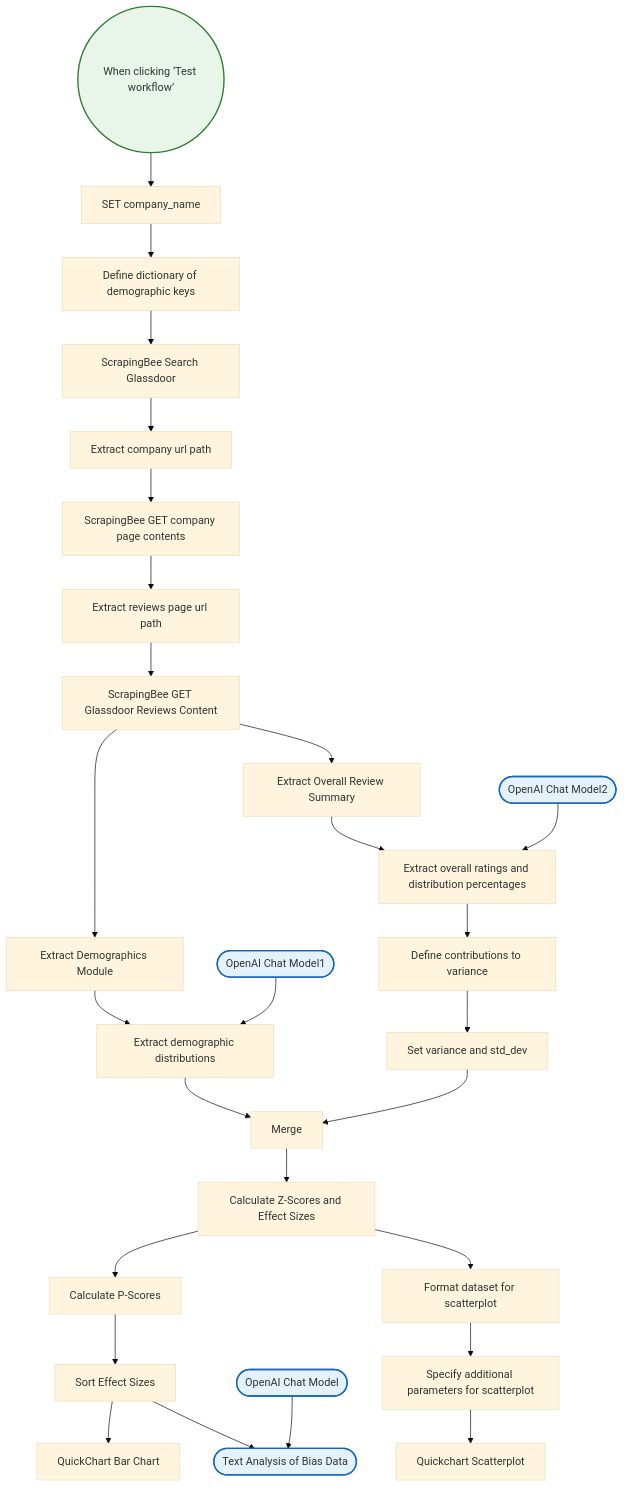
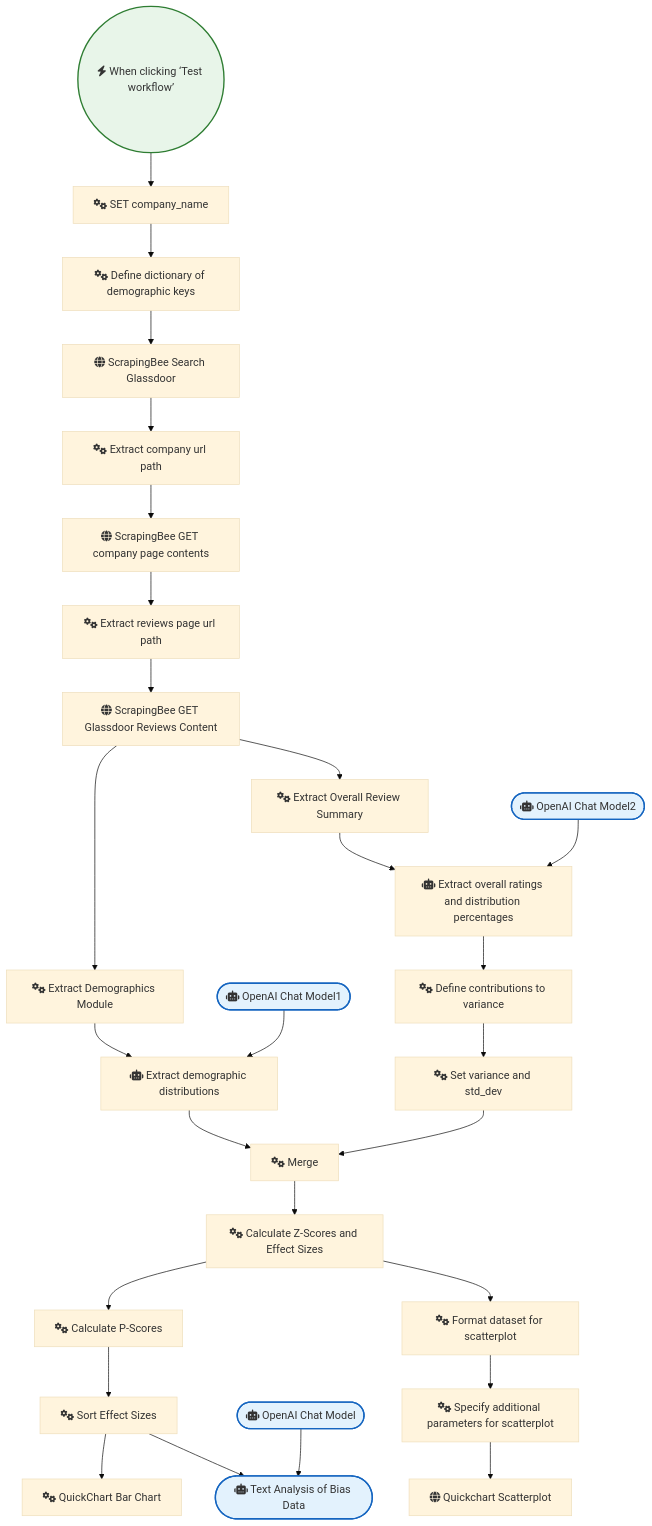
One commit to sreyash3105/N8N-DEMO-AUTOMATIONS changed the diagram in AI_Research_RAG_and_Data_Analysis/Spot Workplace Discrimination Patterns with AI.md. Above: the diagram before and after it, drawn with Mermaid (base theme). The commit also changed 291 other files, not shown here.

````diff
--- a/AI_Research_RAG_and_Data_Analysis/Spot Workplace Discrimination Patterns with AI.md
+++ b/AI_Research_RAG_and_Data_Analysis/Spot Workplace Discrimination Patterns with AI.md
@@ -1,60 +1,60 @@
 ```mermaid
 graph TD
     classDef trigger fill:#e8f5e9,stroke:#2e7d32,stroke-width:2px;
     classDef ai fill:#e3f2fd,stroke:#1565c0,stroke-width:2px;
     classDef logic fill:#fff3e0,stroke:#ef6c00,stroke-width:2px;
 
-    When_clicking__Test_workflow_(("When clicking ‘Test workflow’")):::trigger
-    OpenAI_Chat_Model1(["OpenAI Chat Model1"]):::ai
-    OpenAI_Chat_Model2(["OpenAI Chat Model2"]):::ai
-    Merge["Merge"]
-    OpenAI_Chat_Model(["OpenAI Chat Model"]):::ai
-    SET_company_name["SET company_name"]
-    Define_dictionary_of_demographic_keys["Define dictionary of demographic keys"]
-    ScrapingBee_Search_Glassdoor["ScrapingBee Search Glassdoor"]
-    Extract_company_url_path["Extract company url path"]
-    ScrapingBee_GET_company_page_contents["ScrapingBee GET company page contents"]
-    Extract_reviews_page_url_path["Extract reviews page url path"]
-    ScrapingBee_GET_Glassdoor_Reviews_Content["ScrapingBee GET Glassdoor Reviews Content"]
-    Extract_Overall_Review_Summary["Extract Overall Review Summary"]
-    Extract_Demographics_Module["Extract Demographics Module"]
-    Extract_overall_ratings_and_distribution_percentages["Extract overall ratings and distribution percentages"]
-    Extract_demographic_distributions["Extract demographic distributions"]
-    Define_contributions_to_variance["Define contributions to variance"]
-    Set_variance_and_std_dev["Set variance and std_dev"]
-    Calculate_P_Scores["Calculate P-Scores"]
-    Sort_Effect_Sizes["Sort Effect Sizes"]
-    Calculate_Z_Scores_and_Effect_Sizes["Calculate Z-Scores and Effect Sizes"]
-    Format_dataset_for_scatterplot["Format dataset for scatterplot"]
-    Specify_additional_parameters_for_scatterplot["Specify additional parameters for scatterplot"]
-    Quickchart_Scatterplot["Quickchart Scatterplot"]
-    QuickChart_Bar_Chart["QuickChart Bar Chart"]
-    Text_Analysis_of_Bias_Data(["Text Analysis of Bias Data"]):::ai
+    When_clicking__Test_workflow_(("fas:fa-bolt When clicking ‘Test workflow’")):::trigger
+    OpenAI_Chat_Model1(["fas:fa-robot OpenAI Chat Model1"]):::ai
+    OpenAI_Chat_Model2(["fas:fa-robot OpenAI Chat Model2"]):::ai
+    Merge["fas:fa-cogs Merge"]
+    OpenAI_Chat_Model(["fas:fa-robot OpenAI Chat Model"]):::ai
+    SET_company_name["fas:fa-cogs SET company_name"]
+    Define_dictionary_of_demographic_keys["fas:fa-cogs Define dictionary of demographic keys"]
+    ScrapingBee_Search_Glassdoor["fas:fa-globe ScrapingBee Search Glassdoor"]
+    Extract_company_url_path["fas:fa-cogs Extract company url path"]
+    ScrapingBee_GET_company_page_contents["fas:fa-globe ScrapingBee GET company page contents"]
+    Extract_reviews_page_url_path["fas:fa-cogs Extract reviews page url path"]
+    ScrapingBee_GET_Glassdoor_Reviews_Content["fas:fa-globe ScrapingBee GET Glassdoor Reviews Content"]
+    Extract_Overall_Review_Summary["fas:fa-cogs Extract Overall Review Summary"]
+    Extract_Demographics_Module["fas:fa-cogs Extract Demographics Module"]
+    Extract_overall_ratings_and_distribution_percentages["fas:fa-robot Extract overall ratings and distribution percentages"]
+    Extract_demographic_distributions["fas:fa-robot Extract demographic distributions"]
+    Define_contributions_to_variance["fas:fa-cogs Define contributions to variance"]
+    Set_variance_and_std_dev["fas:fa-cogs Set variance and std_dev"]
+    Calculate_P_Scores["fas:fa-cogs Calculate P-Scores"]
+    Sort_Effect_Sizes["fas:fa-cogs Sort Effect Sizes"]
+    Calculate_Z_Scores_and_Effect_Sizes["fas:fa-cogs Calculate Z-Scores and Effect Sizes"]
+    Format_dataset_for_scatterplot["fas:fa-cogs Format dataset for scatterplot"]
+    Specify_additional_parameters_for_scatterplot["fas:fa-cogs Specify additional parameters for scatterplot"]
+    Quickchart_Scatterplot["fas:fa-globe Quickchart Scatterplot"]
+    QuickChart_Bar_Chart["fas:fa-cogs QuickChart Bar Chart"]
+    Text_Analysis_of_Bias_Data(["fas:fa-robot Text Analysis of Bias Data"]):::ai
 
     Merge --> Calculate_Z_Scores_and_Effect_Sizes
     SET_company_name --> Define_dictionary_of_demographic_keys
     OpenAI_Chat_Model --> Text_Analysis_of_Bias_Data
     Sort_Effect_Sizes --> QuickChart_Bar_Chart
     Sort_Effect_Sizes --> Text_Analysis_of_Bias_Data
     Calculate_P_Scores --> Sort_Effect_Sizes
     OpenAI_Chat_Model1 --> Extract_demographic_distributions
     OpenAI_Chat_Model2 --> Extract_overall_ratings_and_distribution_percentages
     Extract_company_url_path --> ScrapingBee_GET_company_page_contents
     Set_variance_and_std_dev --> Merge
     Extract_Demographics_Module --> Extract_demographic_distributions
     ScrapingBee_Search_Glassdoor --> Extract_company_url_path
     Extract_reviews_page_url_path --> ScrapingBee_GET_Glassdoor_Reviews_Content
     Extract_Overall_Review_Summary --> Extract_overall_ratings_and_distribution_percentages
     Format_dataset_for_scatterplot --> Specify_additional_parameters_for_scatterplot
     Define_contributions_to_variance --> Set_variance_and_std_dev
     Extract_demographic_distributions --> Merge
     When_clicking__Test_workflow_ --> SET_company_name
     Calculate_Z_Scores_and_Effect_Sizes --> Calculate_P_Scores
     Calculate_Z_Scores_and_Effect_Sizes --> Format_dataset_for_scatterplot
     Define_dictionary_of_demographic_keys --> ScrapingBee_Search_Glassdoor
     ScrapingBee_GET_company_page_contents --> Extract_reviews_page_url_path
     ScrapingBee_GET_Glassdoor_Reviews_Content --> Extract_Demographics_Module
     ScrapingBee_GET_Glassdoor_Reviews_Content --> Extract_Overall_Review_Summary
     Specify_additional_parameters_for_scatterplot --> Quickchart_Scatterplot
     Extract_overall_ratings_and_distribution_percentages --> Define_contributions_to_variance
 ```
````
